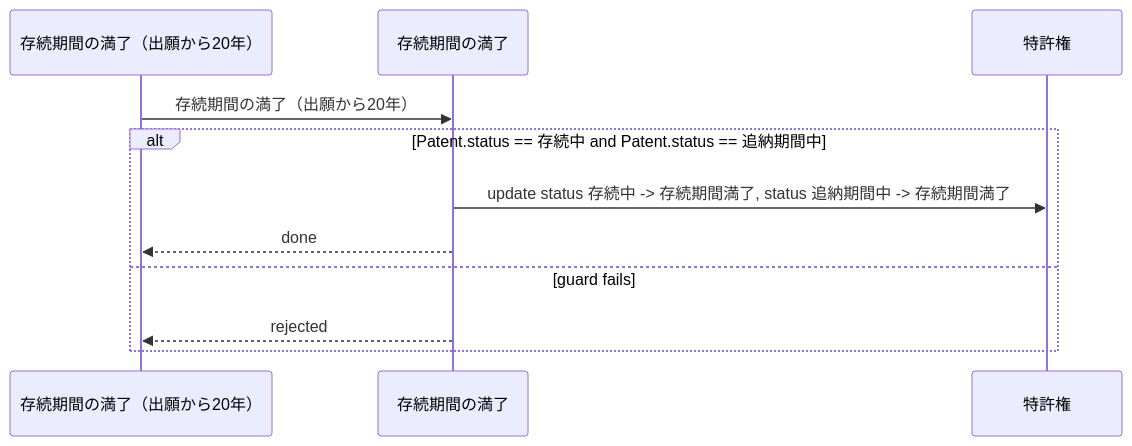
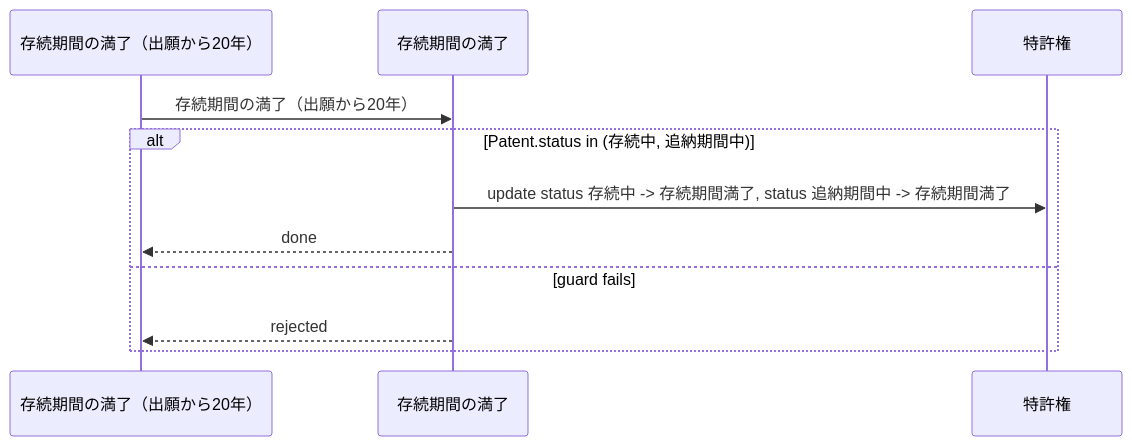
Before and after one commit to manji-0/rdra-ish-dsl: the diagram in samples/patent-ops/out/uc/sequence_ExpirePatentTerm.mmd, drawn with Mermaid. The commit also changed 27 other files, not shown here.

```diff
--- a/samples/patent-ops/out/uc/sequence_ExpirePatentTerm.mmd
+++ b/samples/patent-ops/out/uc/sequence_ExpirePatentTerm.mmd
@@ -1,14 +1,14 @@
 %% rdra-ish diagram=sequence scope=usecase:ExpirePatentTerm model=samples/patent-ops
 %% kinds: timer usecase entity
 %% omitted: buc step
 sequenceDiagram
   participant timer__TermExpiry as 存続期間の満了（出願から20年）
   participant usecase__ExpirePatentTerm as 存続期間の満了
   participant entity__Patent as 特許権
   timer__TermExpiry ->> usecase__ExpirePatentTerm: 存続期間の満了（出願から20年）
-  alt Patent.status == 存続中 and Patent.status == 追納期間中
+  alt Patent.status in (存続中, 追納期間中)
     usecase__ExpirePatentTerm ->> entity__Patent: update status 存続中 -> 存続期間満了, status 追納期間中 -> 存続期間満了
     usecase__ExpirePatentTerm -->> timer__TermExpiry: done
   else guard fails
     usecase__ExpirePatentTerm -->> timer__TermExpiry: rejected
   end
```
